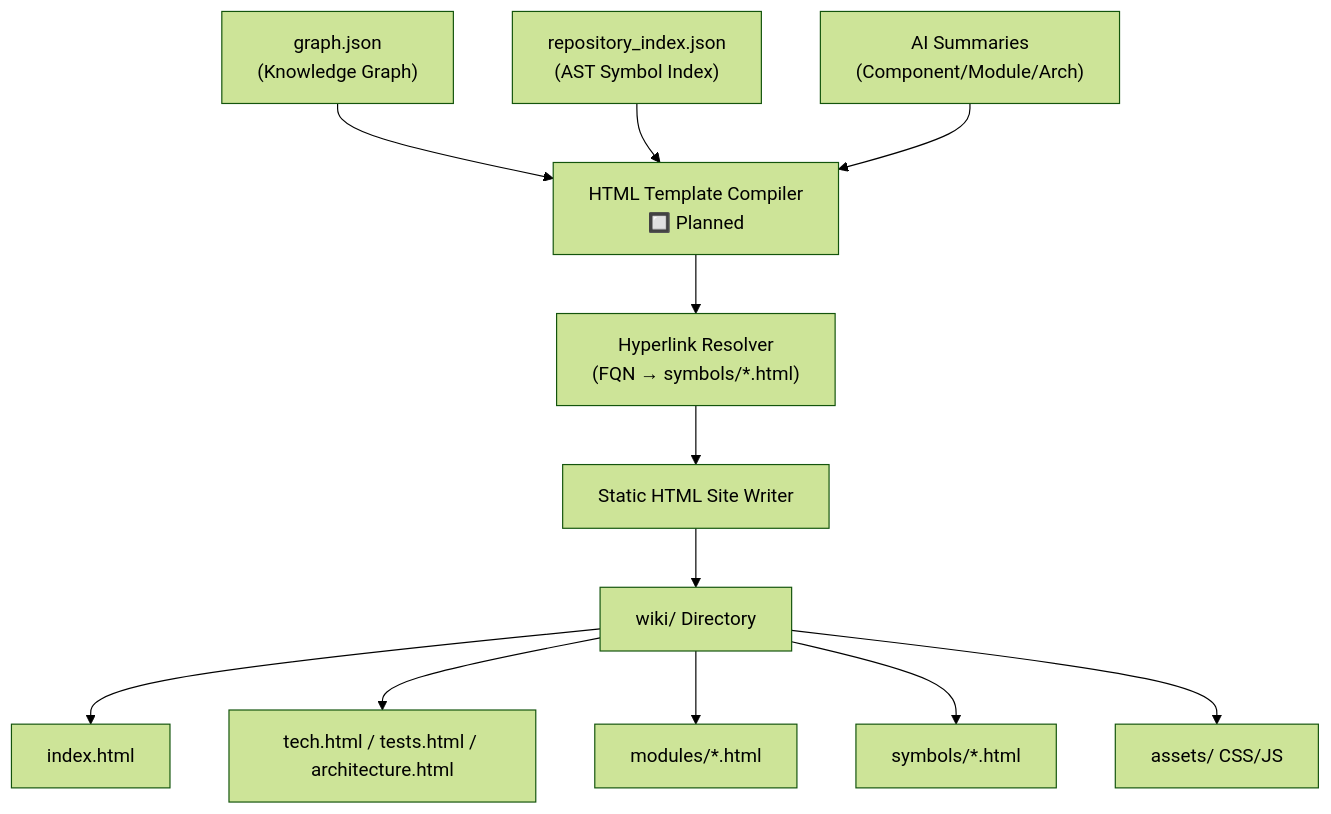
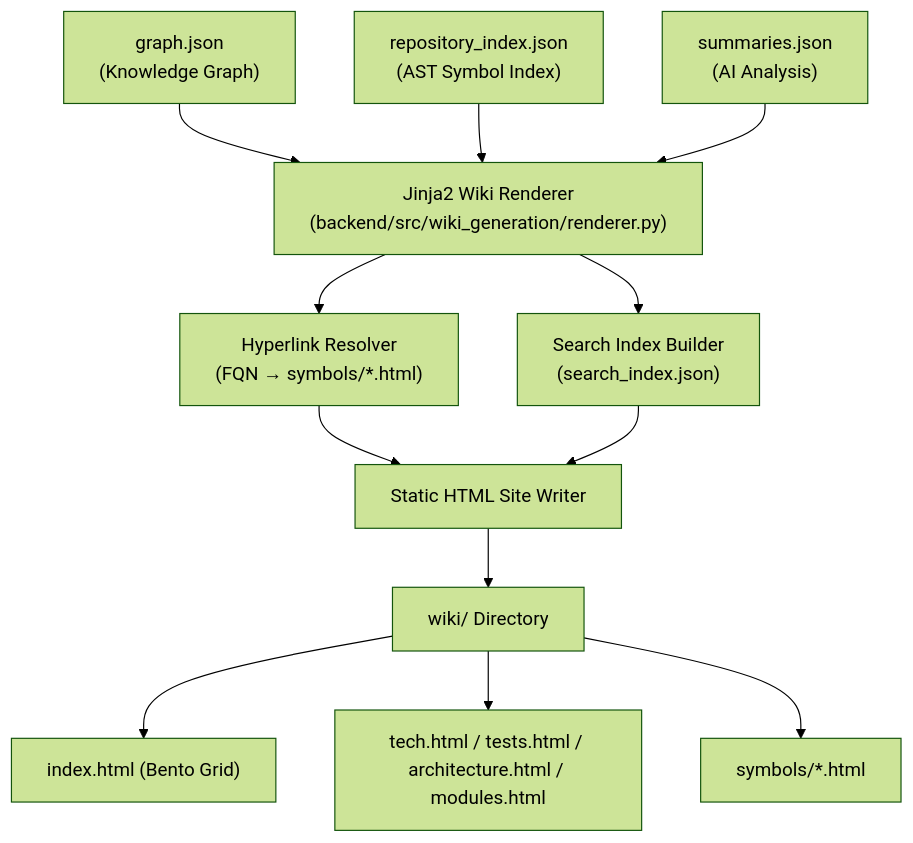
One commit to DarkKing335/Wiki-Generation changed the diagram in docs/project-understanding/frontend-understanding.md. Above: the diagram before and after it, drawn with Mermaid (forest theme). The commit also changed other lines of this file and 16 other files, not shown here.

Commit message:
feat: implement full repository documentation generation pipeline including automated AST indexing and static M3 site rendering

````diff
--- a/docs/project-understanding/frontend-understanding.md
+++ b/docs/project-understanding/frontend-understanding.md
@@ -146,14 +77,14 @@
 ```mermaid
 graph TD
-    A["graph.json\n(Knowledge Graph)"] --> D["HTML Template Compiler\n🔲 Planned"]
+    A["graph.json\n(Knowledge Graph)"] --> D["Jinja2 Wiki Renderer\n(backend/src/wiki_generation/renderer.py)"]
     B["repository_index.json\n(AST Symbol Index)"] --> D
-    C["AI Summaries\n(Component/Module/Arch)"] --> D
+    C["summaries.json\n(AI Analysis)"] --> D
     D --> E["Hyperlink Resolver\n(FQN → symbols/*.html)"]
-    E --> F["Static HTML Site Writer"]
-    F --> G["wiki/ Directory"]
-    G --> H["index.html"]
-    G --> I["tech.html / tests.html / architecture.html"]
-    G --> J["modules/*.html"]
-    G --> K["symbols/*.html"]
-    G --> L["assets/ CSS/JS"]
+    D --> F["Search Index Builder\n(search_index.json)"]
+    E --> G["Static HTML Site Writer"]
+    F --> G
+    G --> H["wiki/ Directory"]
+    H --> I["index.html (Bento Grid)"]
+    H --> J["tech.html / tests.html / architecture.html / modules.html"]
+    H --> K["symbols/*.html"]
 ```
````
